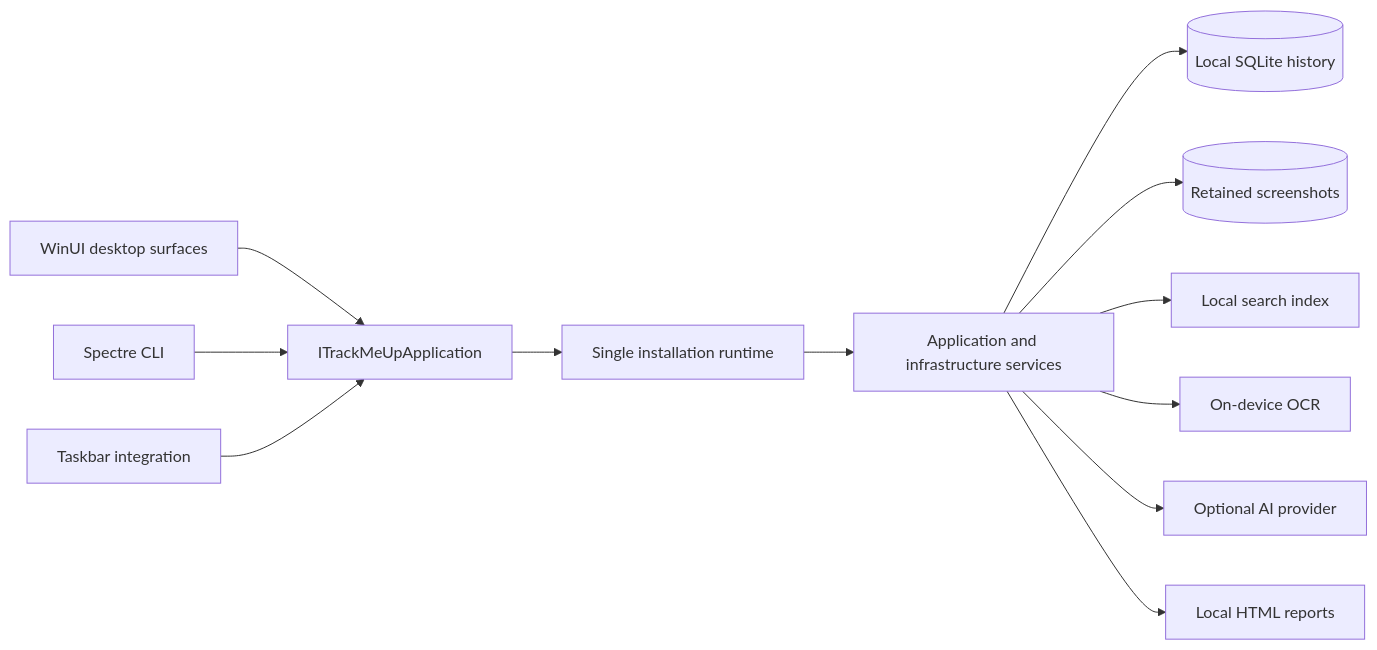
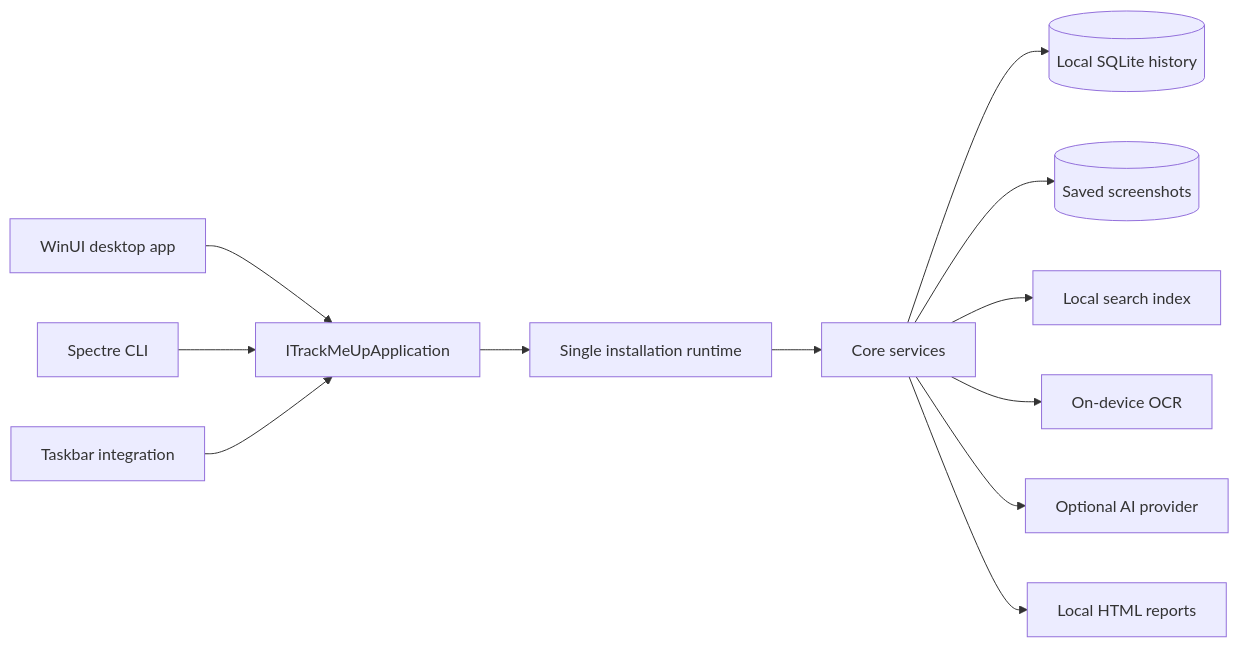
Before and after one commit to umbertotechnopreneur/TrackMeUp: the diagram in docs/ARCHITECTURE.md, drawn with Mermaid. The commit also changed other lines of this file and 12 other files, not shown here.

````diff
--- a/docs/ARCHITECTURE.md
+++ b/docs/ARCHITECTURE.md
@@ -10,14 +10,14 @@
 ```mermaid
 flowchart LR
-    WinUI[WinUI desktop surfaces] --> Facade[ITrackMeUpApplication]
+    WinUI[WinUI desktop app] --> Facade[ITrackMeUpApplication]
     CLI[Spectre CLI] --> Facade
     Taskbar[Taskbar integration] --> Facade
     Facade --> Runtime[Single installation runtime]
-    Runtime --> Services[Application and infrastructure services]
+    Runtime --> Services[Core services]
     Services --> SQLite[(Local SQLite history)]
-    Services --> Captures[(Retained screenshots)]
+    Services --> Captures[(Saved screenshots)]
     Services --> Search[Local search index]
     Services --> OCR[On-device OCR]
     Services --> Provider[Optional AI provider]
     Services --> Reports[Local HTML reports]
 ```
````
